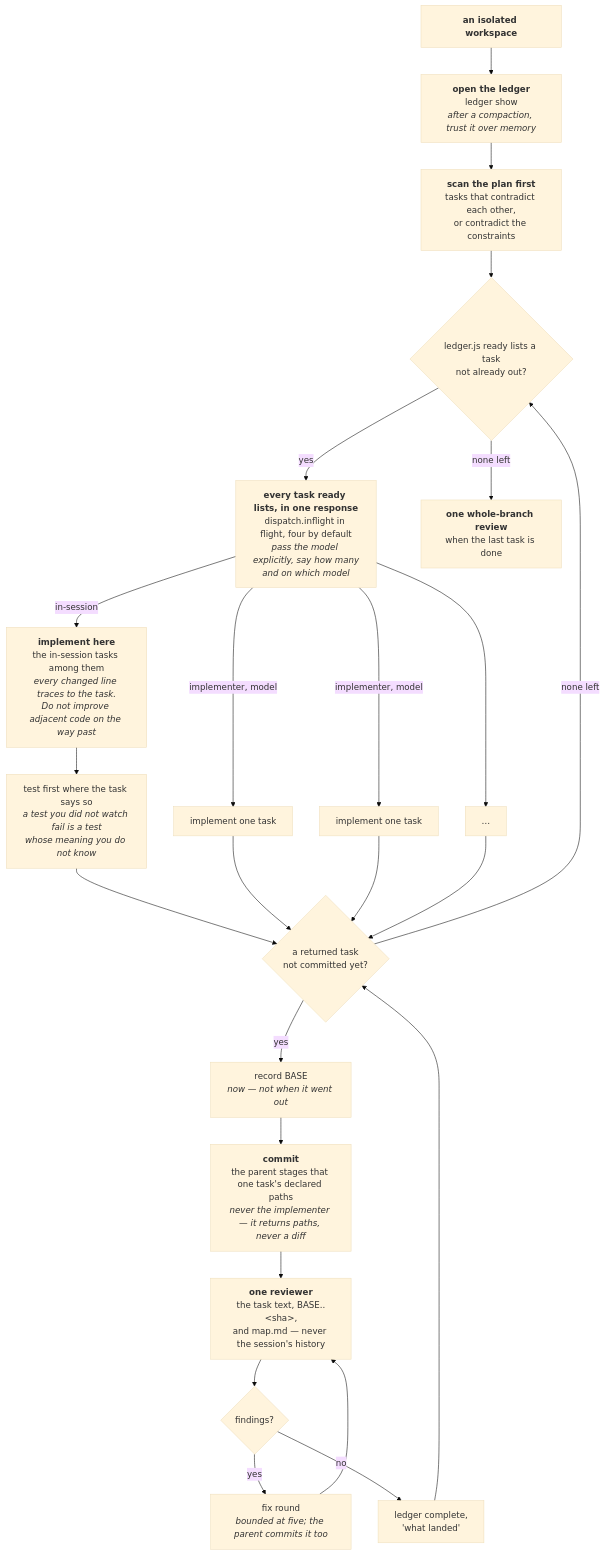
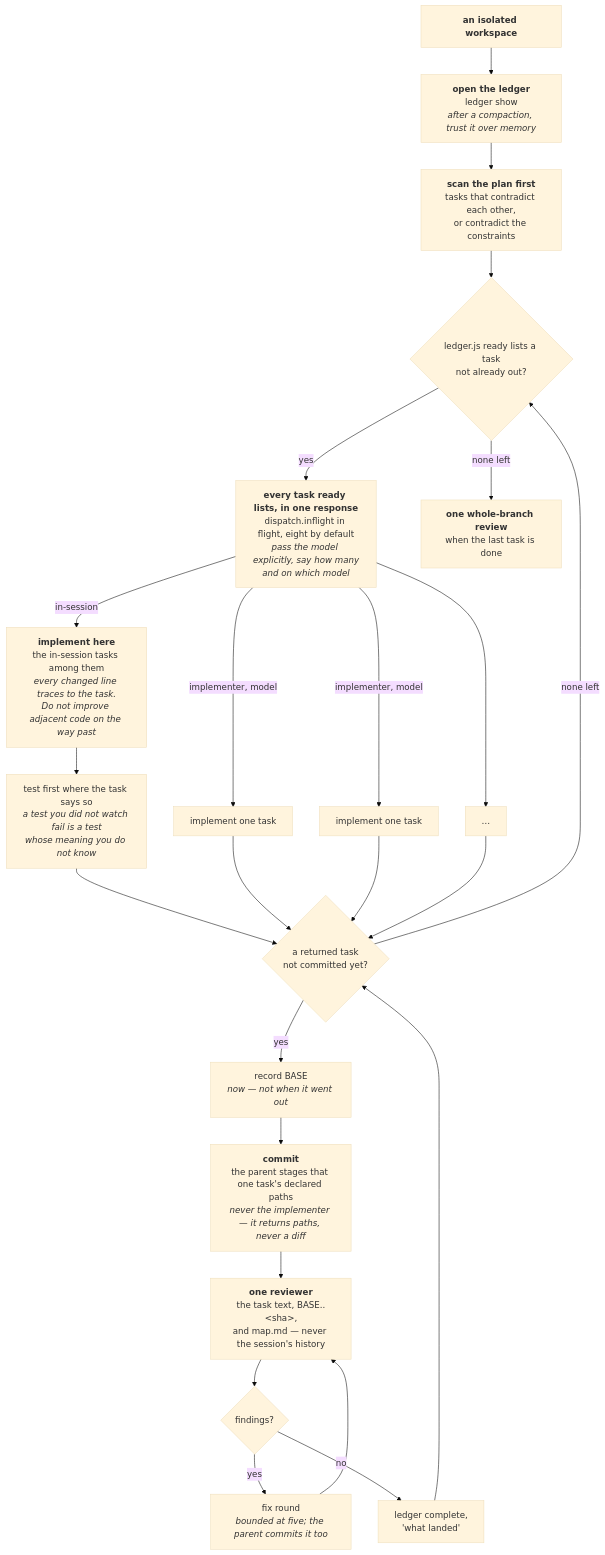
The fourth of 8 diagrams in docs/02-architecture/pipeline.md (FanFantom9452/FanKeel), drawn with Mermaid (base theme) before and after one commit. The commit also changed other lines of this file and 2 other files, not shown here.

First line of the commit message:
docs: the pipeline and subagents pages say eight

````diff
--- a/docs/02-architecture/pipeline.md
+++ b/docs/02-architecture/pipeline.md
@@ -577,43 +577,43 @@
 ```mermaid
 flowchart TD
     S1["<b>an isolated workspace</b>"]
     S2["<b>open the ledger</b><br/>ledger show<br/><i>after a compaction, trust it over memory</i>"]
     S3["<b>scan the plan first</b><br/>tasks that contradict each other,<br/>or contradict the constraints"]
     L{"ledger.js ready lists a task<br/>not already out?"}
-    D["<b>every task ready lists, in one response</b><br/>dispatch.inflight in flight, four by default<br/><i>pass the model explicitly, say how many<br/>and on which model</i>"]
+    D["<b>every task ready lists, in one response</b><br/>dispatch.inflight in flight, eight by default<br/><i>pass the model explicitly, say how many<br/>and on which model</i>"]
     T2a["<b>implement here</b><br/>the in-session tasks among them<br/><i>every changed line traces to the task.<br/>Do not improve adjacent code on the way past</i>"]
     T2b1["implement one task"]
     T2b2["implement one task"]
     T2b3["…"]
     T3["test first where the task says so<br/><i>a test you did not watch fail is a test<br/>whose meaning you do not know</i>"]
     E{"a returned task<br/>not committed yet?"}
     T1["record BASE<br/><i>now — not when it went out</i>"]
     T4["<b>commit</b><br/>the parent stages that one task's declared paths<br/><i>never the implementer — it returns paths, never a diff</i>"]
     T5["<b>one reviewer</b><br/>the task text, BASE..&lt;sha&gt;,<br/>and map.md — never the session's history"]
     T6{"findings?"}
     T7["fix round<br/><i>bounded at five; the parent commits it too</i>"]
     T8["ledger complete,<br/>'what landed'"]
     R["<b>one whole-branch review</b><br/>when the last task is done"]
 
     S1 --> S2 --> S3 --> L
     L -- yes --> D
     D -- "in-session" --> T2a
     D -- "implementer, model" --> T2b1
     D -- "implementer, model" --> T2b2
     D --> T2b3
     T2a --> T3
     T3 --> E
     T2b1 --> E
     T2b2 --> E
     T2b3 --> E
     E -- yes --> T1
     T1 --> T4
     T4 --> T5
     T5 --> T6
     T6 -- yes --> T7
     T7 --> T5
     T6 -- no --> T8
     T8 --> E
     E -- "none left" --> L
     L -- "none left" --> R
 ```
````
